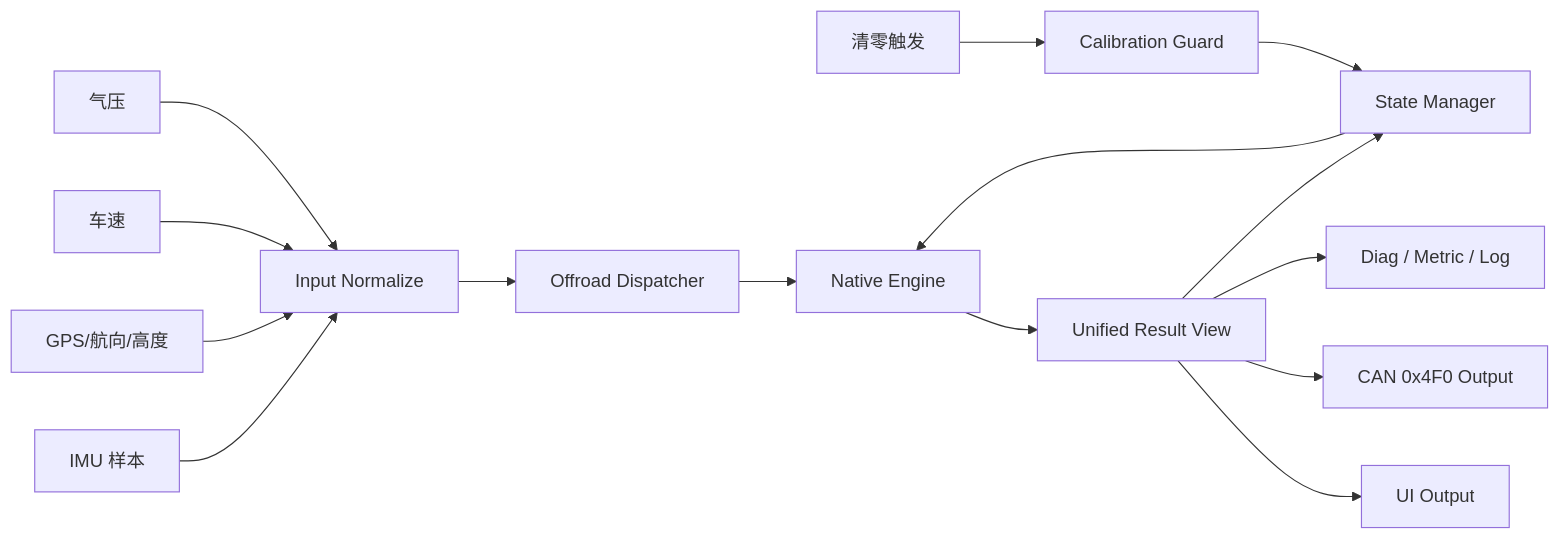
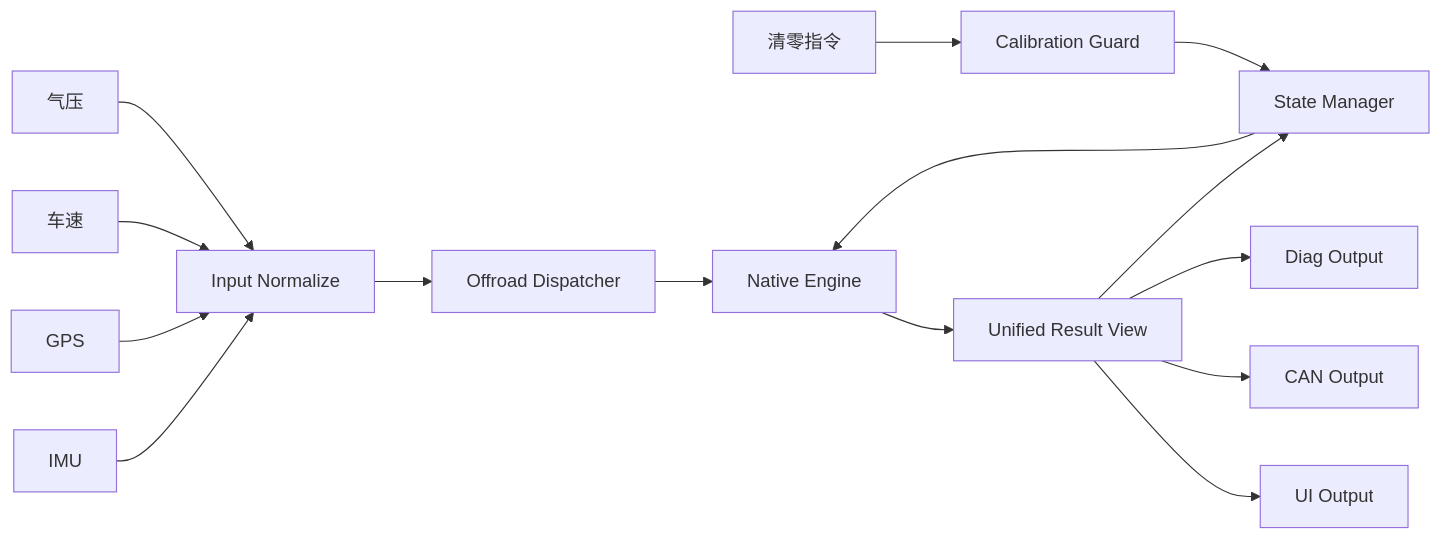
The fourth of 7 diagrams in design/architecture.md (ailearneryang/harnesse2e), drawn with Mermaid before and after one commit. The commit also changed other lines of this file and 19 other files, not shown here.

````diff
--- a/design/architecture.md
+++ b/design/architecture.md
@@ -236,17 +224,17 @@
 ```mermaid
 flowchart LR
-    IMU["IMU 样本"] --> Normalize["Input Normalize"]
-    GPS["GPS/航向/高度"] --> Normalize
+    IMU["IMU"] --> Normalize["Input Normalize"]
+    GPS["GPS"] --> Normalize
     SPEED["车速"] --> Normalize
     BARO["气压"] --> Normalize
-    ZERO["清零触发"] --> Guard["Calibration Guard"]
+    ZERO["清零指令"] --> Guard["Calibration Guard"]
     Normalize --> Dispatcher["Offroad Dispatcher"]
     Guard --> StateMgr["State Manager"]
     Dispatcher --> Engine["Native Engine"]
     StateMgr --> Engine
     Engine --> Result["Unified Result View"]
-    Result --> Display["UI Output"]
-    Result --> CAN["CAN 0x4F0 Output"]
-    Result --> Metric["Diag / Metric / Log"]
+    Result --> UI["UI Output"]
+    Result --> CAN["CAN Output"]
+    Result --> DIA["Diag Output"]
     Result --> StateMgr
 ```
````
